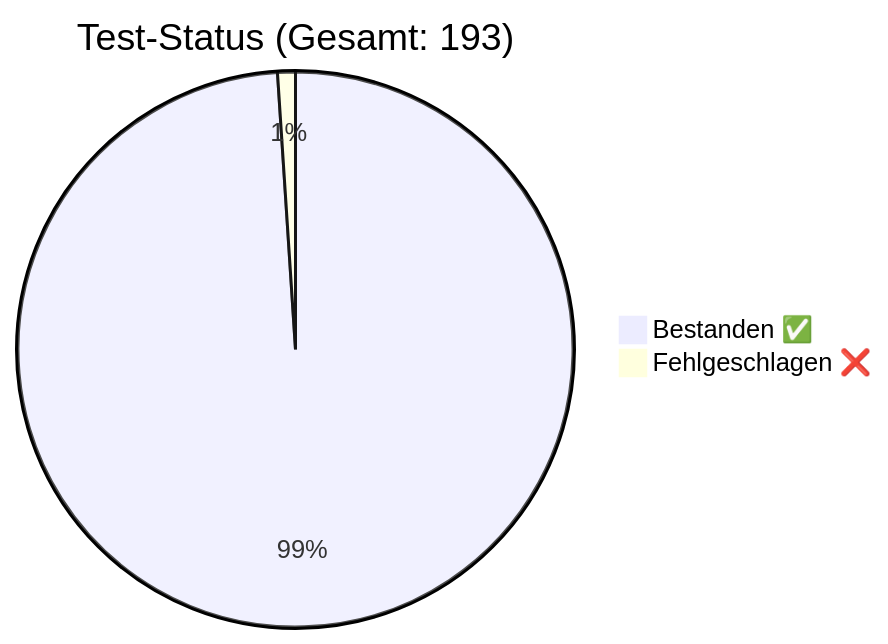
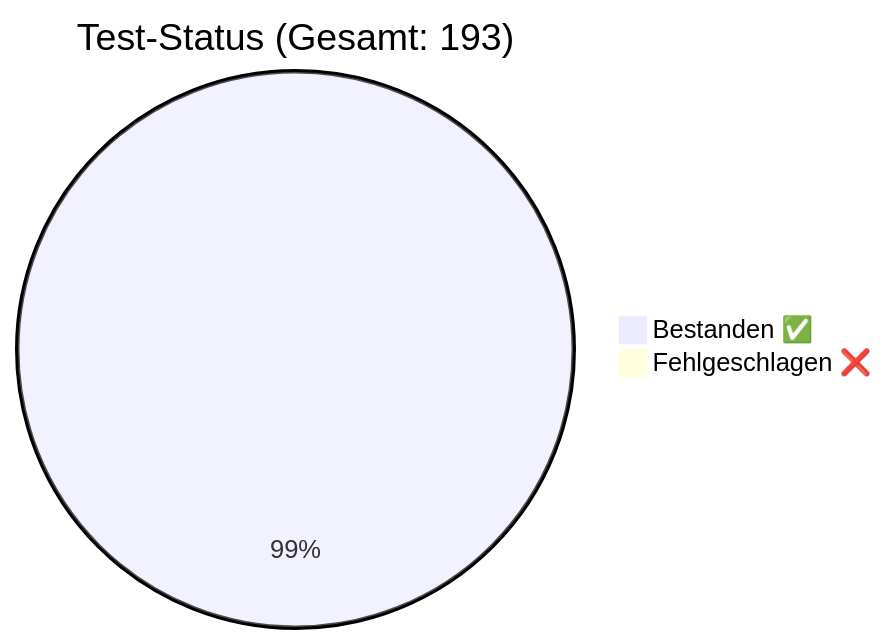
The diagram in docs/QA_Report.md (rorila/GCS), drawn with Mermaid before and after one commit. The commit also changed other lines of this file and 8 other files, not shown here.

````diff
--- a/docs/QA_Report.md
+++ b/docs/QA_Report.md
@@ -7,5 +7,5 @@
 ```mermaid
 pie title Test-Status (Gesamt: 193)
-    "Bestanden ✅" : 191
-    "Fehlgeschlagen ❌" : 2
+    "Bestanden ✅" : 192
+    "Fehlgeschlagen ❌" : 1
 ```
````
